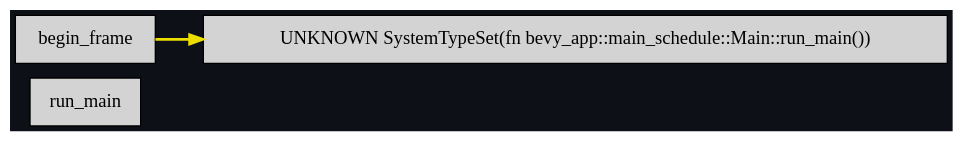
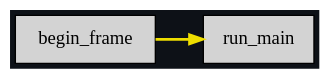
Before and after one commit to jakobhellermann/bevy_mod_debugdump: the diagram in docs/schedule/dark/schedule_Main.dot, drawn with Graphviz. The commit also changed 52 other files, not shown here.

```diff
--- a/docs/schedule/dark/schedule_Main.dot
+++ b/docs/schedule/dark/schedule_Main.dot
@@ -1,13 +1,13 @@
 digraph "" {
 	"compound"="true";
 	"splines"="spline";
 	"rankdir"="LR";
 	"bgcolor"="#0d1117";
 	"fontname"="Helvetica";
 	"nodesep"="0.15";
 	edge ["penwidth"="2"];
 	node ["shape"="box", "style"="filled"];
 	"node_System(0)" ["label"="run_main", "tooltip"="bevy_app::main_schedule::Main::run_main"]
 	"node_System(1)" ["label"="begin_frame", "tooltip"="bevy_ecs::schedule::stepping::Stepping::begin_frame"]
-	"node_System(1)" -> "UNKNOWN SystemTypeSet(fn bevy_app::main_schedule::Main::run_main())" ["lhead"="", "ltail"="", "tooltip"="begin_frame → SystemTypeSet(run_main())", "color"="#eede00"]
+	"node_System(1)" -> "node_System(0)" ["lhead"="", "ltail"="", "tooltip"="begin_frame → SystemTypeSet(ExclusiveFunctionSystem<fn(Local<bool>), run_main>())", "color"="#eede00"]
 }
```
